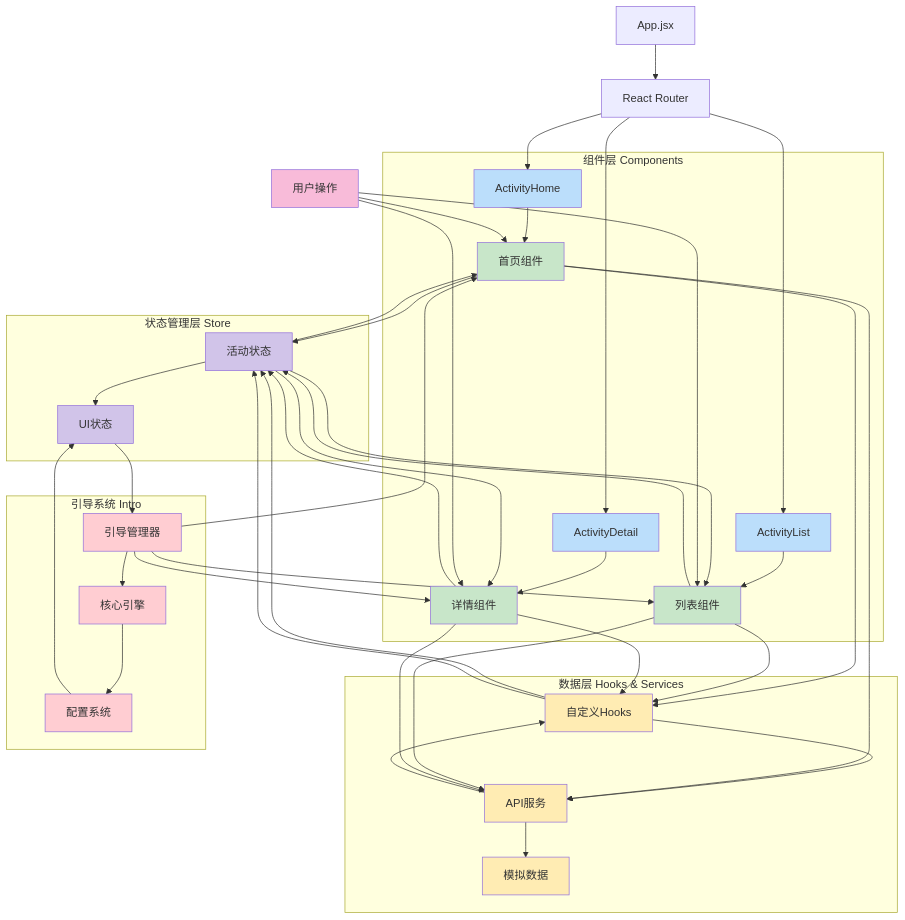
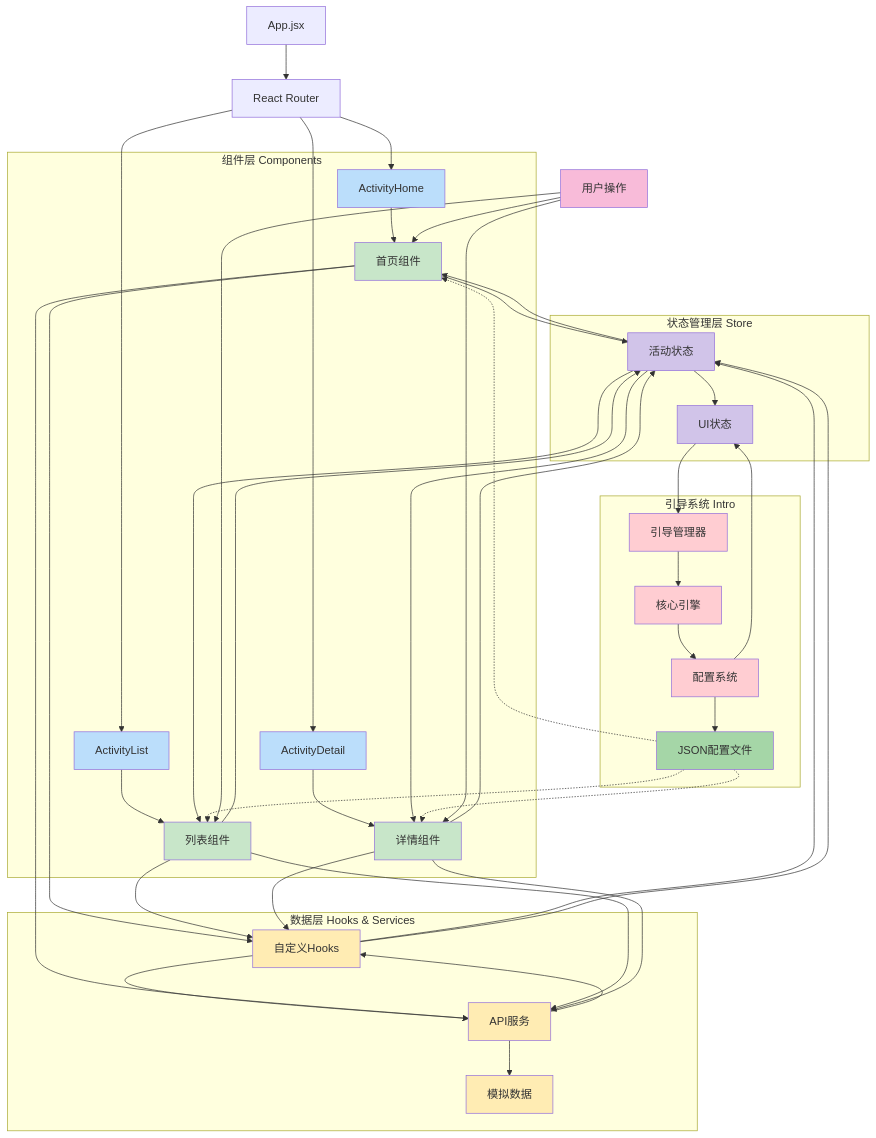
One commit to Mingjun-Lyu/ByteDance-Engineering-Camp changed the first of 4 diagrams in README.md. Above: the diagram before and after it, drawn with Mermaid. The commit also changed other lines of this file and 5 other files, not shown here.

````diff
--- a/README.md
+++ b/README.md
@@ -62,6 +62,7 @@
         GuideManager[引导管理器]
         GuideCore[核心引擎]
         GuideConfig[配置系统]
+        JSONConfig[JSON配置文件]
     end
     
     %% 数据流交互关系
@@ -81,14 +82,17 @@
     ActivityStore --> ListComps
     ActivityStore --> DetailComps
     
-    %% 引导系统与组件交互
-    GuideManager --> HomeComps
-    GuideManager --> ListComps
-    GuideManager --> DetailComps
-    
+    %% 引导系统解耦架构 - 通过JSON配置与组件交互
     GuideManager --> GuideCore
     GuideCore --> GuideConfig
+    GuideConfig --> JSONConfig
     
+    %% 引导系统通过配置读取页面元素，而非直接与组件交互
+    JSONConfig -.-> HomeComps
+    JSONConfig -.-> ListComps
+    JSONConfig -.-> DetailComps
+    
+    %% 引导系统状态管理
     GuideConfig --> UIStore
     UIStore --> GuideManager
     
@@ -111,11 +115,13 @@
     classDef data fill:#ffecb3
     classDef guide fill:#ffcdd2
     classDef user fill:#f8bbd9
+    classDef config fill:#a5d6a7
     
     class Home,List,Detail page
     class HomeComps,ListComps,DetailComps component
     class ActivityStore,UIStore store
     class Hooks,API,Mock data
     class GuideManager,GuideCore,GuideConfig guide
+    class JSONConfig config
     class User user
 ```
````
